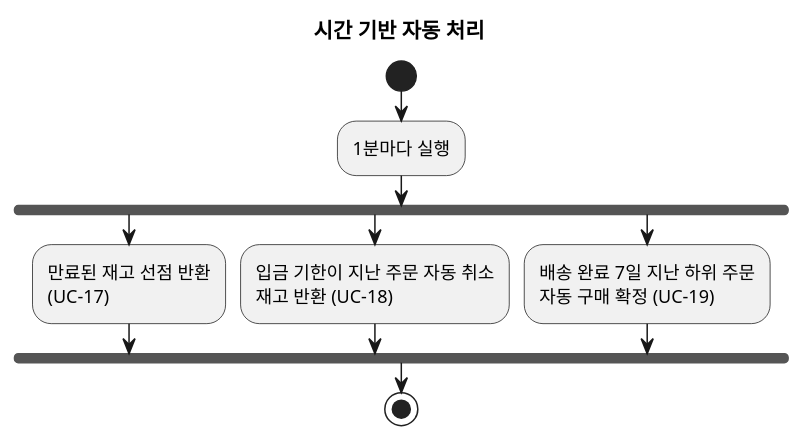
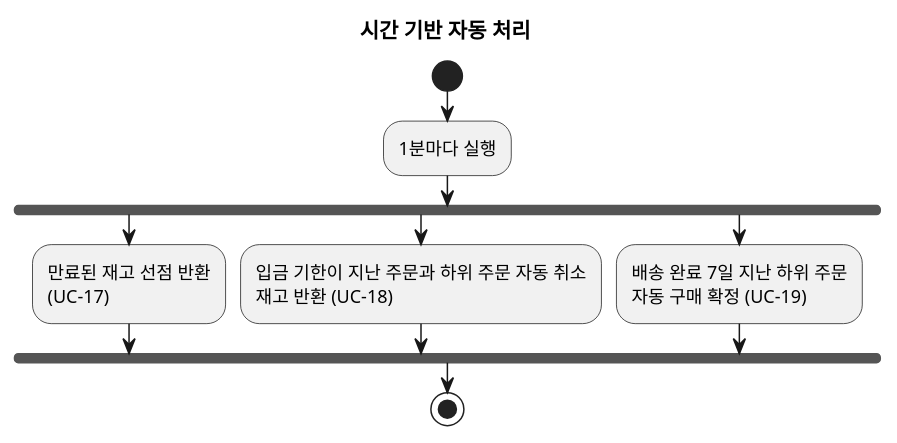
Before and after one commit to parknahyun/shopflow: the diagram in specs/001-multiseller-commerce-core/diagrams/business-process-auto.puml, drawn with PlantUML. The commit also changed 13 other files, not shown here.

```diff
--- a/specs/001-multiseller-commerce-core/diagrams/business-process-auto.puml
+++ b/specs/001-multiseller-commerce-core/diagrams/business-process-auto.puml
@@ -1,16 +1,16 @@
 @startuml
 ' 비즈니스 프로세스: 시간 기반 자동 처리
 title 시간 기반 자동 처리
 
 |스케줄러|
 start
 :1분마다 실행;
 fork
   :만료된 재고 선점 반환\n(UC-17);
 fork again
-  :입금 기한이 지난 주문 자동 취소\n재고 반환 (UC-18);
+  :입금 기한이 지난 주문과 하위 주문 자동 취소\n재고 반환 (UC-18);
 fork again
   :배송 완료 7일 지난 하위 주문\n자동 구매 확정 (UC-19);
 end fork
 stop
 @enduml
```
